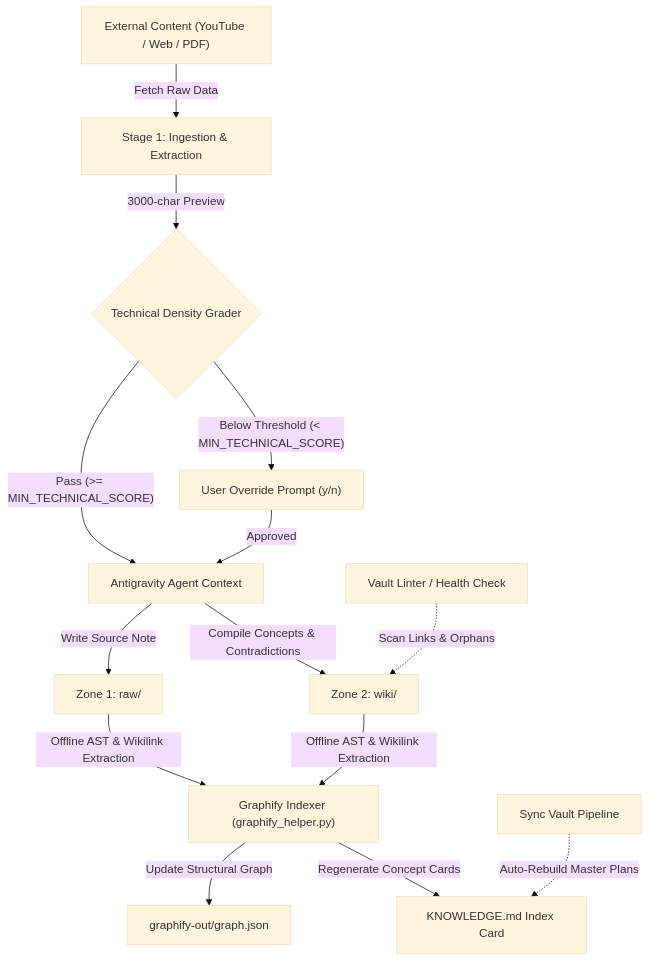
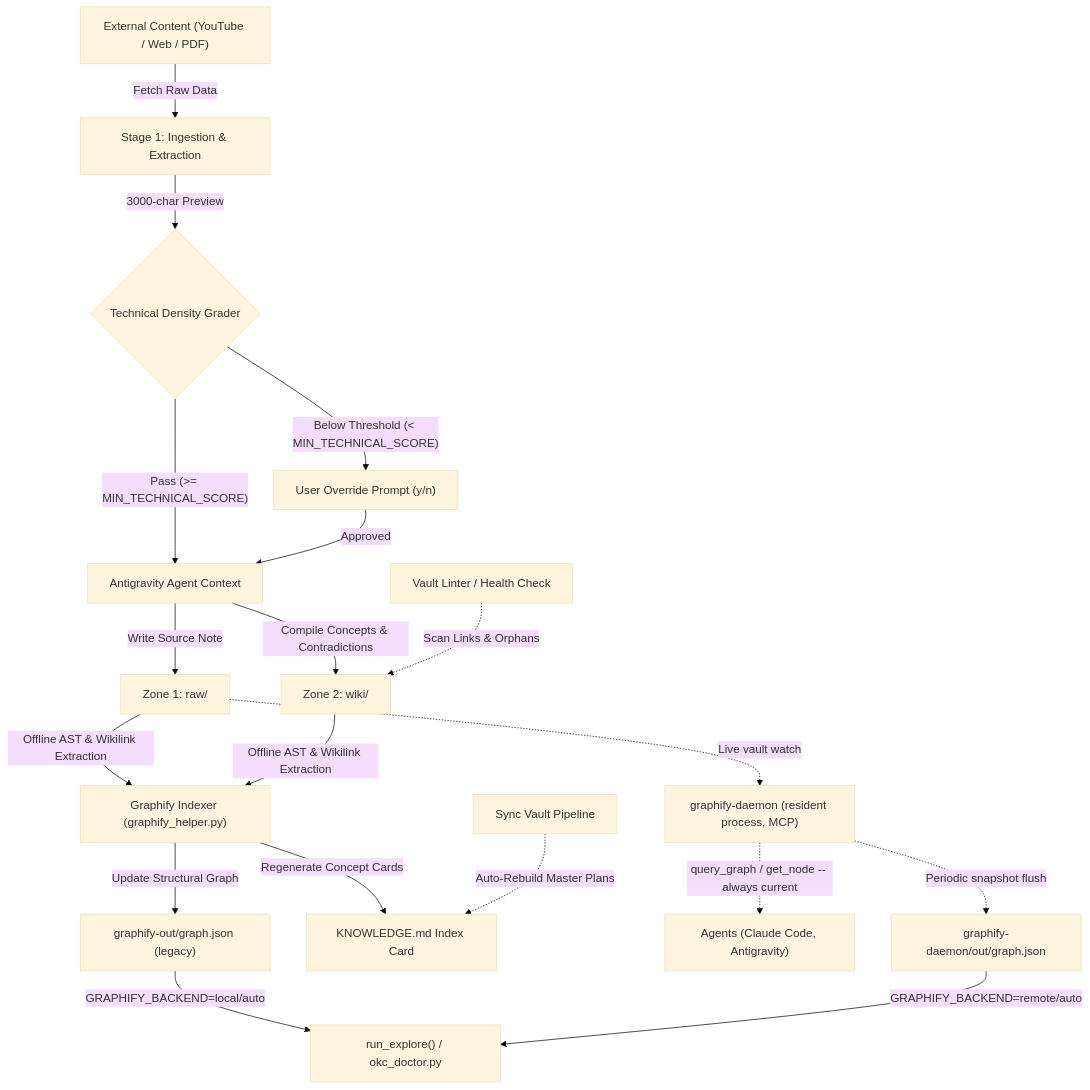
Before and after one commit to c-ibarra/ObsidianKnowledgeCurator: the diagram in README.md, drawn with Mermaid (base theme). The commit also changed other lines of this file and 23 other files, not shown here.

First line of the commit message:
Add OKC Doctor unified diagnostics (ADR 0004), configurable Graphify backend (ADR 0005), and new ingestion pipelines

````diff
--- a/README.md
+++ b/README.md
@@ -91,19 +101,26 @@
 ```mermaid
 flowchart TD
     A["External Content (YouTube / Web / PDF)"] -->|Fetch Raw Data| B["Stage 1: Ingestion & Extraction"]
     B -->|3000-char Preview| C{"Technical Density Grader"}
     C -->|"Below Threshold (< MIN_TECHNICAL_SCORE)"| D["User Override Prompt (y/n)"]
     C -->|"Pass (>= MIN_TECHNICAL_SCORE)"| E["Antigravity Agent Context"]
     D -->|Approved| E
     
     E -->|Write Source Note| F["Zone 1: raw/"]
     E -->|Compile Concepts & Contradictions| G["Zone 2: wiki/"]
     
     F -->|Offline AST & Wikilink Extraction| H["Graphify Indexer (graphify_helper.py)"]
     G -->|Offline AST & Wikilink Extraction| H
-    H -->|Update Structural Graph| I["graphify-out/graph.json"]
+    H -->|Update Structural Graph| I["graphify-out/graph.json (legacy)"]
     H -->|Regenerate Concept Cards| J["KNOWLEDGE.md Index Card"]
+    
+    F -.->|Live vault watch| M["graphify-daemon (resident process, MCP)"]
+    M -.->|"query_graph / get_node -- always current"| N["Agents (Claude Code, Antigravity)"]
+    M -.->|Periodic snapshot flush| Q["graphify-daemon/out/graph.json"]
+    
+    I -->|"GRAPHIFY_BACKEND=local/auto"| P["run_explore() / okc_doctor.py"]
+    Q -->|"GRAPHIFY_BACKEND=remote/auto"| P
     
     K["Vault Linter / Health Check"] -.->|Scan Links & Orphans| G
     L["Sync Vault Pipeline"] -.->|Auto-Rebuild Master Plans| J
 ```
````
